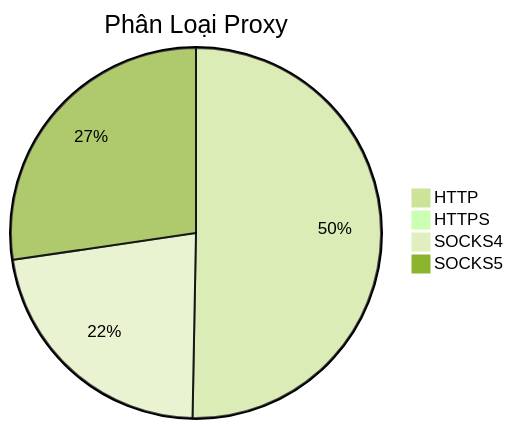
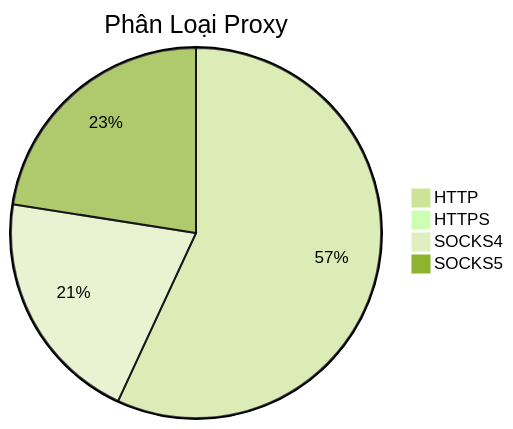
One commit to Ciara-12/PROXY-free changed the diagram in README.md. Above: the diagram before and after it, drawn with Mermaid (forest theme). The commit also changed other lines of this file and 4 other files, not shown here.

````diff
--- a/README.md
+++ b/README.md
@@ -26,7 +26,7 @@
 ```mermaid
 pie title Phân Loại Proxy
-    "HTTP" : 591
-    "HTTPS" : 1
-    "SOCKS4" : 263
-    "SOCKS5" : 321
+    "HTTP" : 844
+    "HTTPS" : 0
+    "SOCKS4" : 305
+    "SOCKS5" : 334
 ```
````
